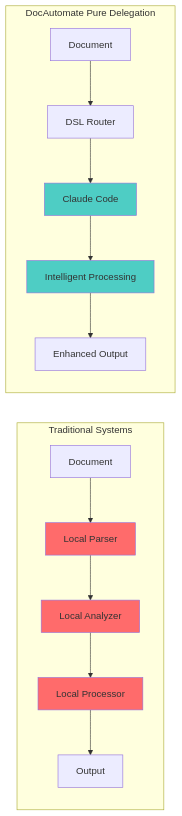
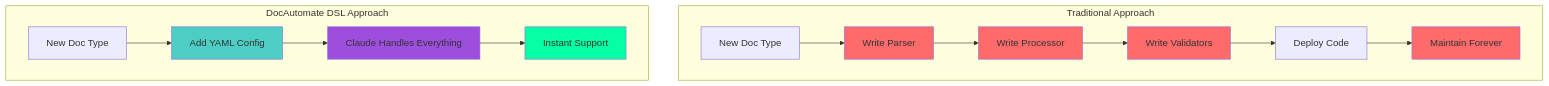
Before and after one commit to Tony363/DocAutomate: the fourth of 8 diagrams in README.md, drawn with Mermaid. The commit also changed other lines of this file and 1 other file, not shown here.

````diff
--- a/README.md
+++ b/README.md
@@ -203,22 +1060,25 @@
 ```mermaid
-graph LR
-    subgraph "Traditional Systems"
-        TD1[Document] --> TD2[Local Parser]
-        TD2 --> TD3[Local Analyzer]
-        TD3 --> TD4[Local Processor]
-        TD4 --> TD5[Output]
+graph TB
+    subgraph "Traditional Approach"
+        TD1[New Doc Type] --> TD2[Write Parser]
+        TD2 --> TD3[Write Processor]
+        TD3 --> TD4[Write Validators]
+        TD4 --> TD5[Deploy Code]
+        TD5 --> TD6[Maintain Forever]
+        
+        style TD2 fill:#ff6b6b
+        style TD3 fill:#ff6b6b
+        style TD4 fill:#ff6b6b
+        style TD6 fill:#ff6b6b
     end
     
-    subgraph "DocAutomate Pure Delegation"
-        DA1[Document] --> DA2[DSL Router]
-        DA2 --> DA3[Claude Code]
-        DA3 --> DA4[Intelligent Processing]
-        DA4 --> DA5[Enhanced Output]
+    subgraph "DocAutomate DSL Approach"
+        DA1[New Doc Type] --> DA2[Add YAML Config]
+        DA2 --> DA3[Claude Handles Everything]
+        DA3 --> DA4[Instant Support]
+        
+        style DA2 fill:#4ecdc4
+        style DA3 fill:#9d4edd
+        style DA4 fill:#06ffa5
     end
-    
-    style TD2 fill:#ff6b6b
-    style TD3 fill:#ff6b6b
-    style TD4 fill:#ff6b6b
-    style DA3 fill:#4ecdc4
-    style DA4 fill:#4ecdc4
 ```
````
